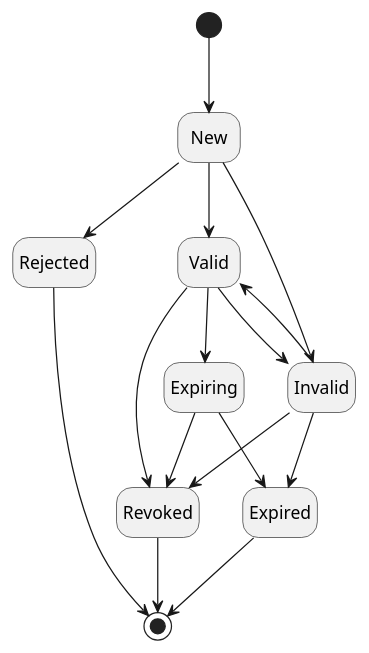
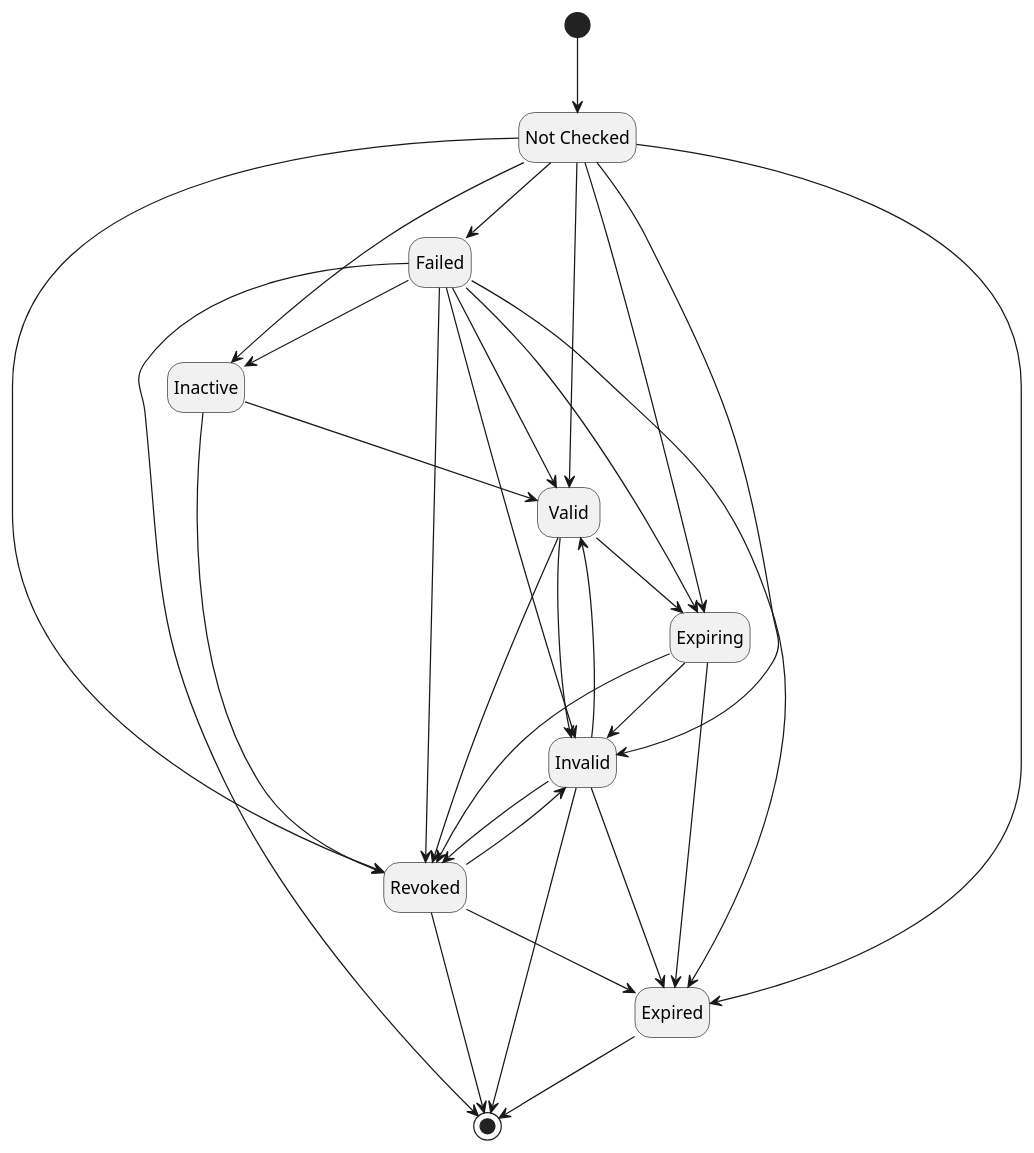
One commit to CZERTAINLY/CZERTAINLY-Documentation changed the second of 4 diagrams in docs/10-certificate-key/02-concept-design/04-core-components/12-certificate.md. Above: the diagram before and after it, drawn with PlantUML. The commit also changed other lines of this file, not shown here.

````diff
--- a/docs/10-certificate-key/02-concept-design/04-core-components/12-certificate.md
+++ b/docs/10-certificate-key/02-concept-design/04-core-components/12-certificate.md
@@ -37,22 +96,40 @@
 ```plantuml
 @startuml
 hide empty description
 
-[*] --> New
-New --> Rejected
-New --> Valid
-New --> Invalid
+state "Not Checked" as NotChecked
+
+[*] --> NotChecked
+NotChecked --> Failed
+NotChecked --> Inactive
+NotChecked --> Valid
+NotChecked --> Invalid
+NotChecked --> Expiring
+NotChecked --> Expired
+NotChecked --> Revoked
+Failed --> Inactive
+Failed --> Valid
+Failed --> Invalid
+Failed --> Expiring
+Failed --> Expired
+Failed --> Revoked
+Inactive --> Valid
+Inactive --> Revoked
 Valid --> Invalid
 Valid --> Revoked
 Valid --> Expiring
 Invalid --> Valid
 Invalid --> Revoked
 Invalid --> Expired
+Revoked --> Invalid
+Revoked --> Expired
+Expiring --> Invalid
 Expiring --> Revoked
 Expiring --> Expired
+Failed --> [*]
 Expired --> [*]
-Rejected --> [*]
+Invalid --> [*]
 Revoked --> [*]
 
 @enduml
 ```
````
